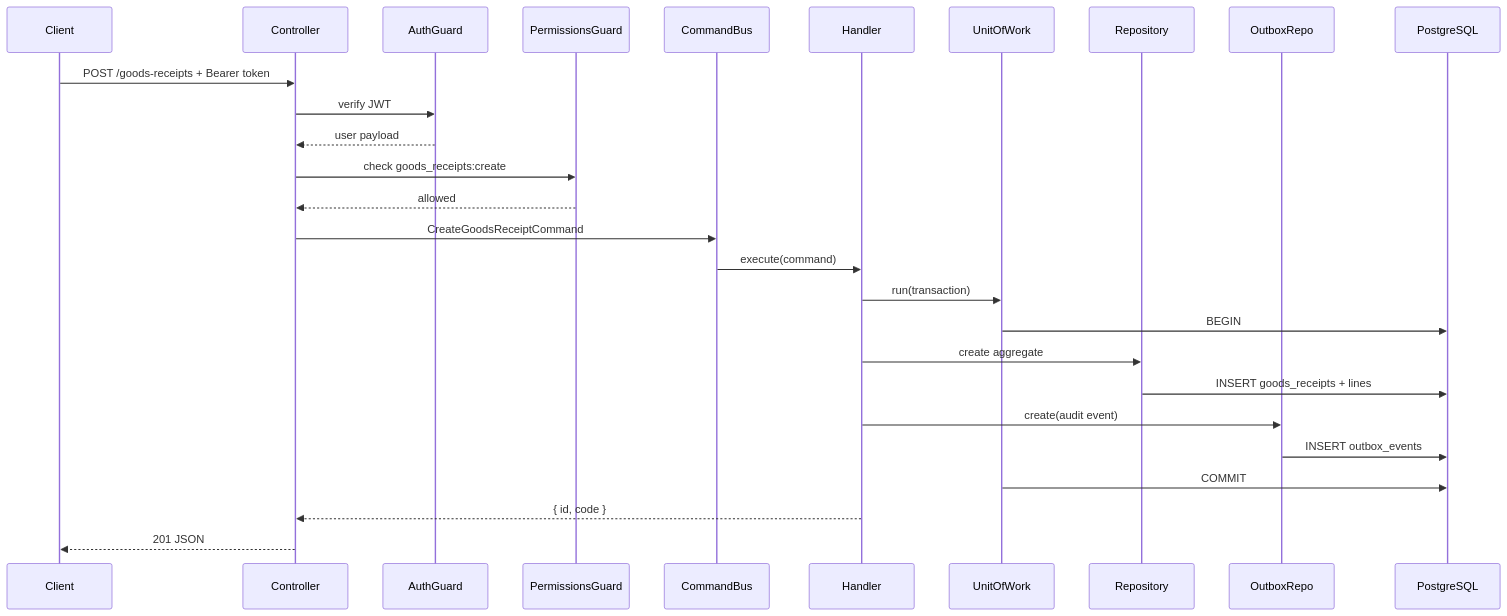
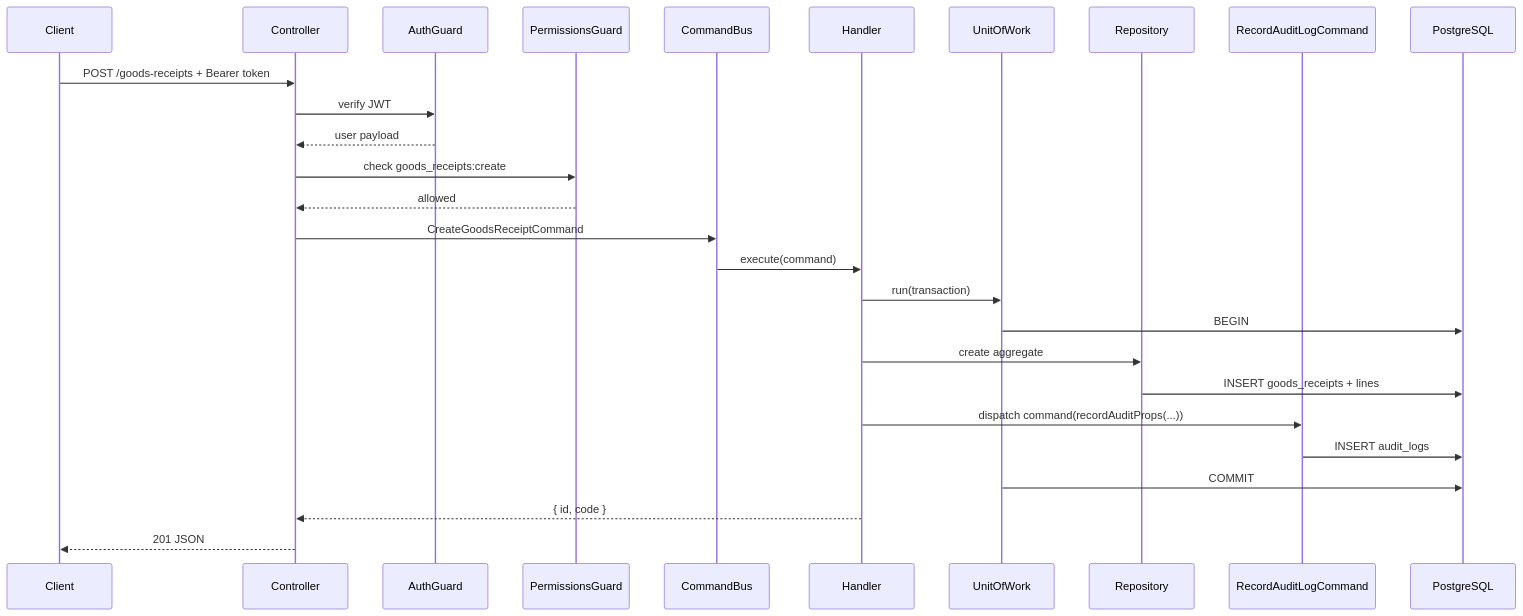
Before and after one commit to pham-dinh-thai/pharmacy-otc: the third of 4 diagrams in docs/architecture.md, drawn with Mermaid. The commit also changed other lines of this file and 182 other files, not shown here.

````diff
--- a/docs/architecture.md
+++ b/docs/architecture.md
@@ -106,30 +103,30 @@
 ```mermaid
 sequenceDiagram
     participant C as Client
     participant Ctrl as Controller
     participant AG as AuthGuard
     participant PG as PermissionsGuard
     participant CB as CommandBus
     participant H as Handler
     participant UoW as UnitOfWork
     participant Repo as Repository
-    participant OB as OutboxRepo
+    participant Audit as RecordAuditLogCommand
     participant DB as PostgreSQL
 
     C->>Ctrl: POST /goods-receipts + Bearer token
     Ctrl->>AG: verify JWT
     AG-->>Ctrl: user payload
     Ctrl->>PG: check goods_receipts:create
     PG-->>Ctrl: allowed
     Ctrl->>CB: CreateGoodsReceiptCommand
     CB->>H: execute(command)
     H->>UoW: run(transaction)
     UoW->>DB: BEGIN
     H->>Repo: create aggregate
     Repo->>DB: INSERT goods_receipts + lines
-    H->>OB: create(audit event)
-    OB->>DB: INSERT outbox_events
+    H->>Audit: dispatch command(recordAuditProps(...))
+    Audit->>DB: INSERT audit_logs
     UoW->>DB: COMMIT
     H-->>Ctrl: { id, code }
     Ctrl-->>C: 201 JSON
 ```
````
